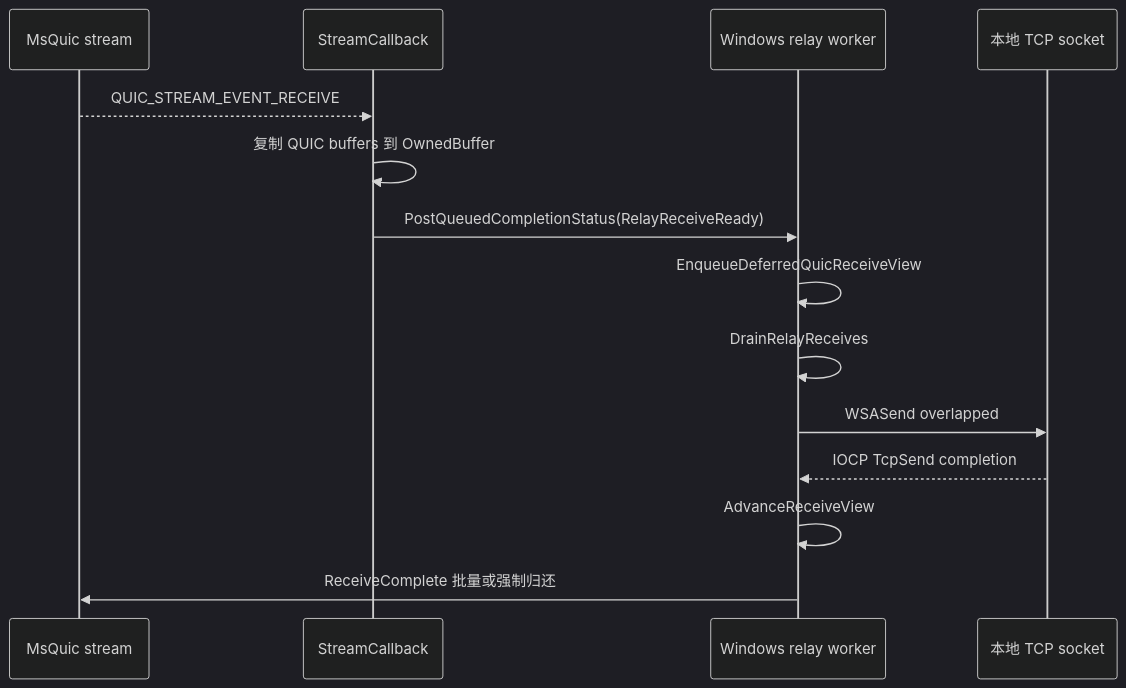
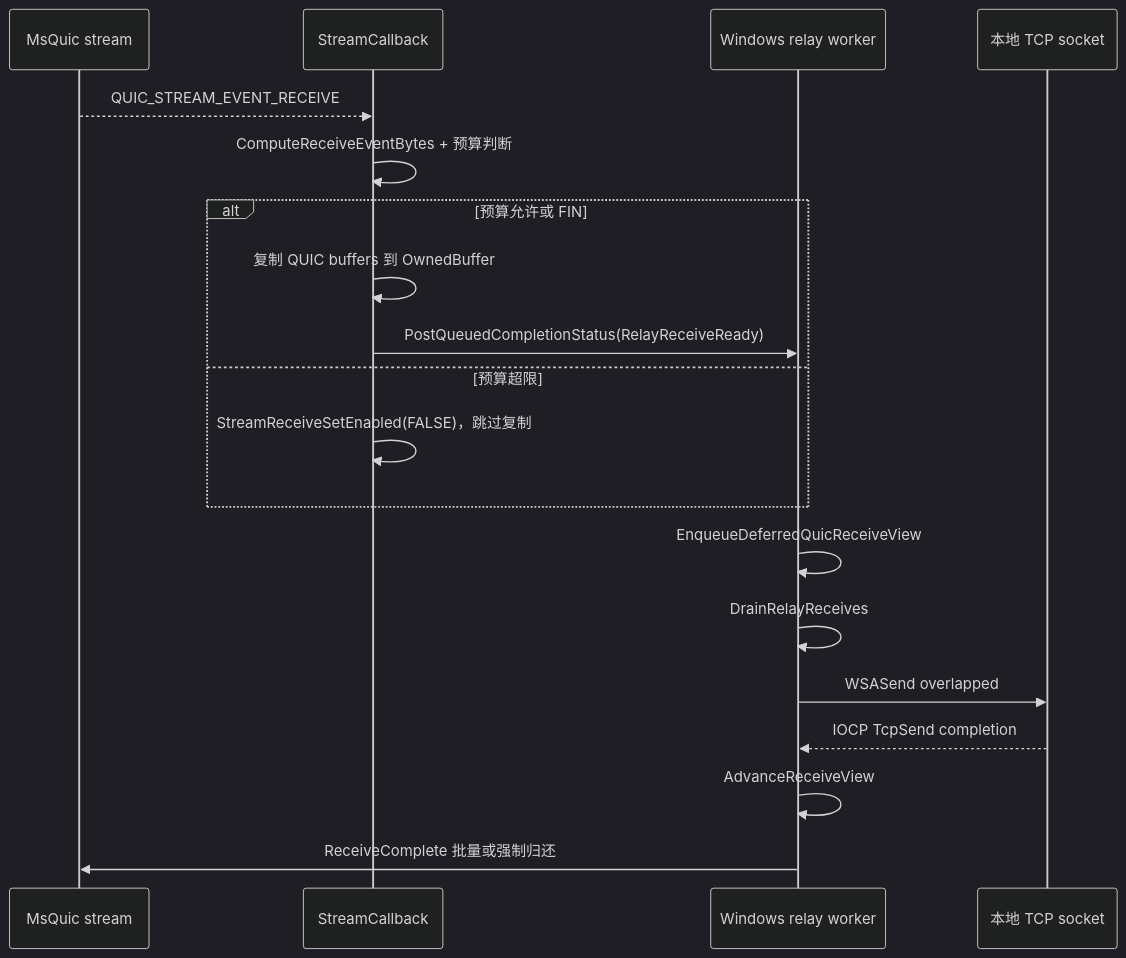
Before and after one commit to jack2007/tcpquic-proxy: the third of 4 diagrams in docs/relay_win.md, drawn with Mermaid (dark theme). The commit also changed other lines of this file, not shown here.

First line of the commit message:
docs: align relay_win with receive callback budget implementation

````diff
--- a/docs/relay_win.md
+++ b/docs/relay_win.md
@@ -99,17 +99,22 @@
 ```mermaid
 sequenceDiagram
     participant QUIC as MsQuic stream
     participant Callback as StreamCallback
     participant Relay as Windows relay worker
     participant TCP as 本地 TCP socket
 
     QUIC-->>Callback: QUIC_STREAM_EVENT_RECEIVE
-    Callback->>Callback: 复制 QUIC buffers 到 OwnedBuffer
-    Callback->>Relay: PostQueuedCompletionStatus(RelayReceiveReady)
+    Callback->>Callback: ComputeReceiveEventBytes + 预算判断
+    alt 预算允许或 FIN
+        Callback->>Callback: 复制 QUIC buffers 到 OwnedBuffer
+        Callback->>Relay: PostQueuedCompletionStatus(RelayReceiveReady)
+    else 预算超限
+        Callback->>Callback: StreamReceiveSetEnabled(FALSE)，跳过复制
+    end
     Relay->>Relay: EnqueueDeferredQuicReceiveView
     Relay->>Relay: DrainRelayReceives
     Relay->>TCP: WSASend overlapped
     TCP-->>Relay: IOCP TcpSend completion
     Relay->>Relay: AdvanceReceiveView
     Relay->>QUIC: ReceiveComplete 批量或强制归还
 ```
````
